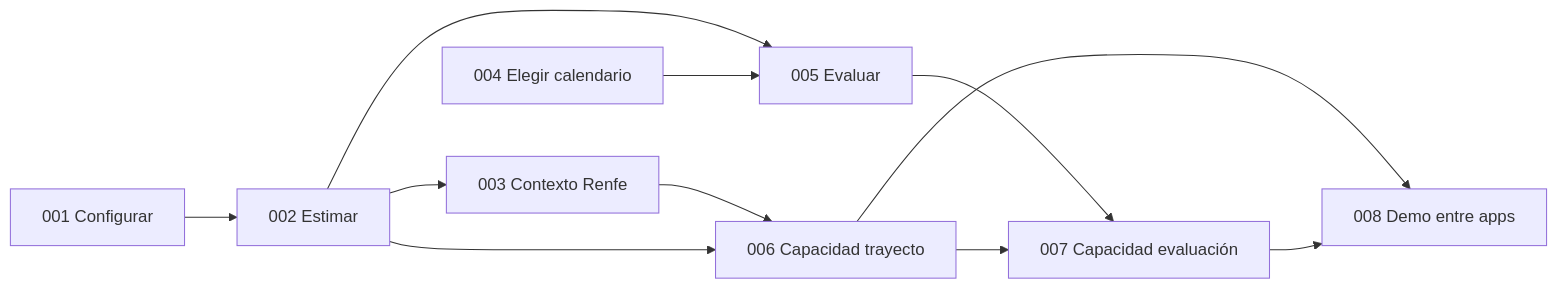
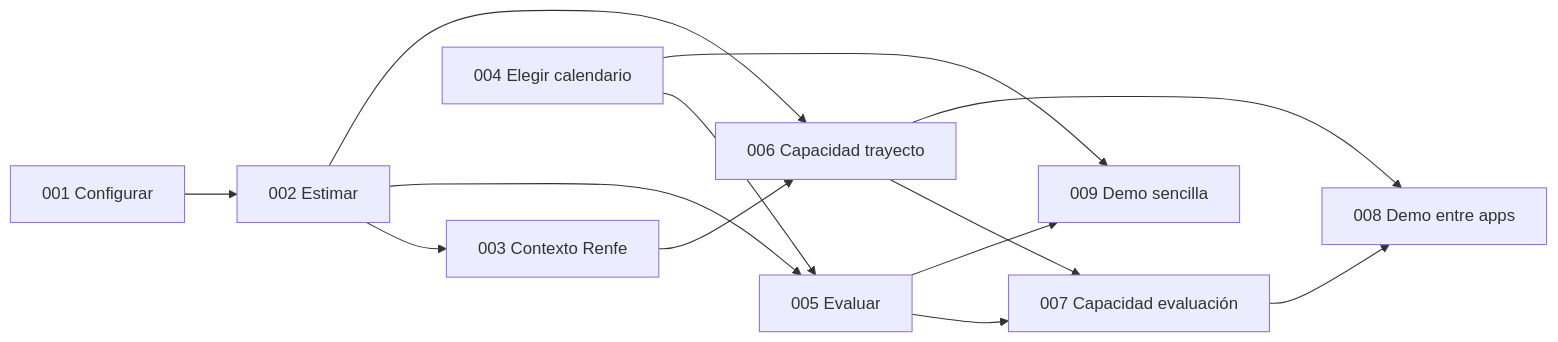
Before and after one commit to raulruval/cercafunctions: the diagram in specs/README.md, drawn with Mermaid. The commit also changed other lines of this file and 169 other files, not shown here.

````diff
--- a/specs/README.md
+++ b/specs/README.md
@@ -19,13 +24,15 @@
 ```mermaid
 flowchart LR
     U1[001 Configurar] --> U2[002 Estimar]
     U2 --> U3[003 Contexto Renfe]
     U2 --> U5[005 Evaluar]
     U4[004 Elegir calendario] --> U5
     U3 --> U6[006 Capacidad trayecto]
     U2 --> U6
     U5 --> U7[007 Capacidad evaluación]
     U6 --> U7
     U6 --> U8[008 Demo entre apps]
     U7 --> U8
+    U4 --> U9[009 Demo sencilla]
+    U5 --> U9
 ```
````
